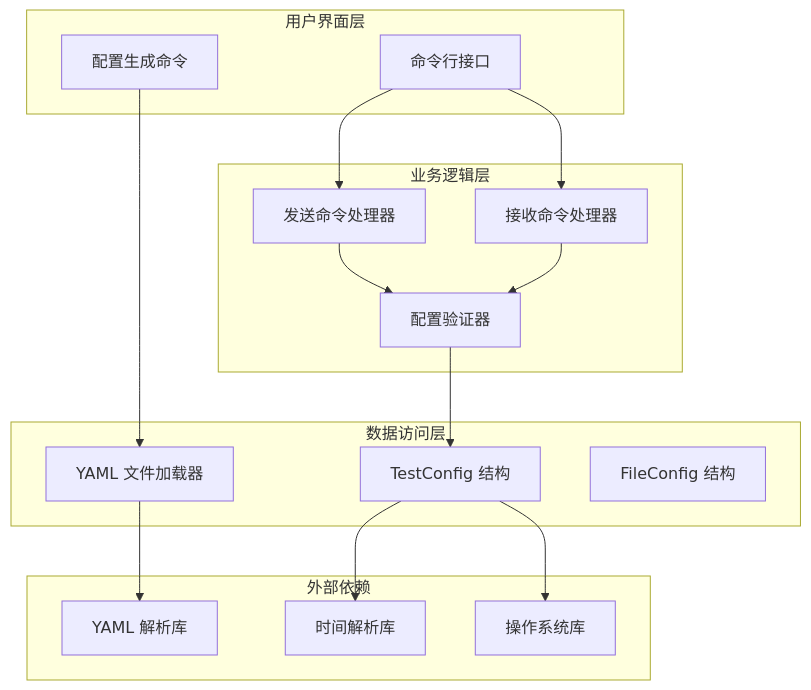
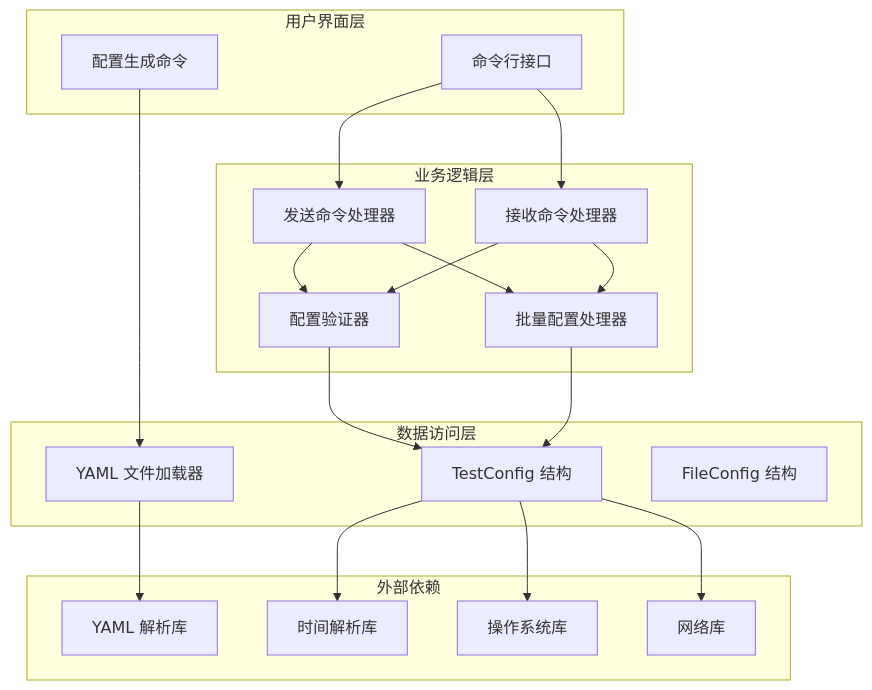
The second of 13 diagrams in .qoder/repowiki/zh/content/配置文件指南.md (yanzhen74/ping-x), drawn with Mermaid before and after one commit. The commit also changed other lines of this file and 16 other files, not shown here.

````diff
--- a/.qoder/repowiki/zh/content/配置文件指南.md
+++ b/.qoder/repowiki/zh/content/配置文件指南.md
@@ -103,31 +134,37 @@
 ```mermaid
 graph TB
 subgraph "用户界面层"
 CLI[命令行接口]
 CONFIG_CMD[配置生成命令]
 end
 subgraph "业务逻辑层"
 SEND_CMD[发送命令处理器]
 RECV_CMD[接收命令处理器]
 VALIDATOR[配置验证器]
+BATCH_PROCESSOR[批量配置处理器]
 end
 subgraph "数据访问层"
 FILE_LOADER[YAML 文件加载器]
 TEST_CONFIG[TestConfig 结构]
 FILE_CONFIG[FileConfig 结构]
 end
 subgraph "外部依赖"
 YAML[YAML 解析库]
 TIME[时间解析库]
 OS[操作系统库]
+NET[网络库]
 end
 CLI --> SEND_CMD
 CLI --> RECV_CMD
 CONFIG_CMD --> FILE_LOADER
 SEND_CMD --> VALIDATOR
 RECV_CMD --> VALIDATOR
+SEND_CMD --> BATCH_PROCESSOR
+RECV_CMD --> BATCH_PROCESSOR
 VALIDATOR --> TEST_CONFIG
+BATCH_PROCESSOR --> TEST_CONFIG
 FILE_LOADER --> YAML
 TEST_CONFIG --> TIME
 TEST_CONFIG --> OS
+TEST_CONFIG --> NET
 ```
````
